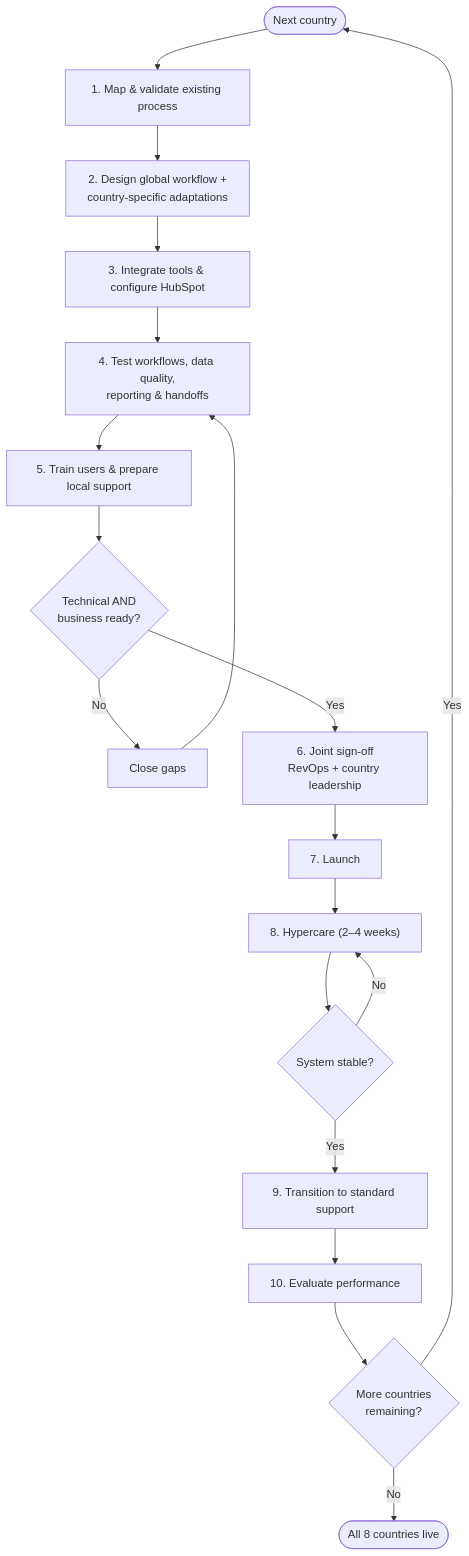
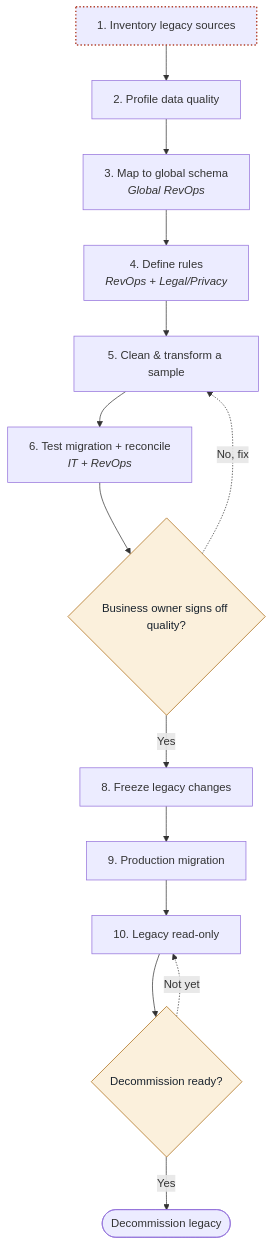
One commit to meena-uma-ram/workflows changed the seventh of 15 diagrams in crm-transformation/README.md. Above: the diagram before and after it, drawn with Mermaid. The commit also changed other lines of this file and 7 other files, not shown here.

````diff
--- a/crm-transformation/README.md
+++ b/crm-transformation/README.md
@@ -144,21 +389,36 @@
 ```mermaid
-flowchart TD
-    S(["Next country"]) --> P1["1. Map & validate existing process"]
-    P1 --> P2["2. Design global workflow +<br/>country-specific adaptations"]
-    P2 --> P3["3. Integrate tools & configure HubSpot"]
-    P3 --> P4["4. Test workflows, data quality,<br/>reporting & handoffs"]
-    P4 --> P5["5. Train users & prepare local support"]
-    P5 --> GT{"Technical AND<br/>business ready?"}
-    GT -- No --> FIX["Close gaps"]
-    FIX --> P4
-    GT -- Yes --> P6["6. Joint sign-off<br/>RevOps + country leadership"]
-    P6 --> P7["7. Launch"]
-    P7 --> P8["8. Hypercare (2–4 weeks)"]
-    P8 --> ST{"System stable?"}
-    ST -- No --> P8
-    ST -- Yes --> P9["9. Transition to standard support"]
-    P9 --> P10["10. Evaluate performance"]
-    P10 --> MORE{"More countries<br/>remaining?"}
-    MORE -- Yes --> S
-    MORE -- No --> DONE(["All 8 countries live"])
+flowchart TB
+    M1["1. Inventory legacy sources"]
+    M2["2. Profile data quality"]
+    M3["3. Map to global schema<br/><i>Global RevOps</i>"]
+    M4["4. Define rules<br/><i>RevOps + Legal/Privacy</i>"]
+    M5["5. Clean & transform a sample"]
+    M6["6. Test migration + reconcile<br/><i>IT + RevOps</i>"]
+    Q{"Business owner signs off quality?"}
+    M8["8. Freeze legacy changes"]
+    M9["9. Production migration"]
+    M10["10. Legacy read-only"]
+    DC{"Decommission ready?"}
+    OFF(["Decommission legacy"])
+    M1 --> M2
+    M2 --> M3
+    M3 --> M4
+    M4 --> M5
+    M5 --> M6
+    M6 --> Q
+    Q -. "No, fix" .-> M5
+    Q -- "Yes" --> M8
+    M8 --> M9
+    M9 --> M10
+    M10 --> DC
+    DC -. "Not yet" .-> M10
+    DC -- "Yes" --> OFF
+    classDef decision fill:#fbf0dc,stroke:#a8650b,color:#18222d;
+    classDef exit fill:#eef1f3,stroke:#7c8792,color:#4a5560;
+    classDef post fill:#e2f2e8,stroke:#2f7d4f,color:#18222d;
+    classDef escalation fill:#fbe7e4,stroke:#b4442f,color:#18222d;
+    classDef proposed stroke:#5b4bc4,stroke-width:2px,stroke-dasharray:6 3;
+    classDef validate stroke:#b4442f,stroke-width:2px,stroke-dasharray:2 3;
+    class Q,DC decision;
+    class M1 validate;
 ```
````
